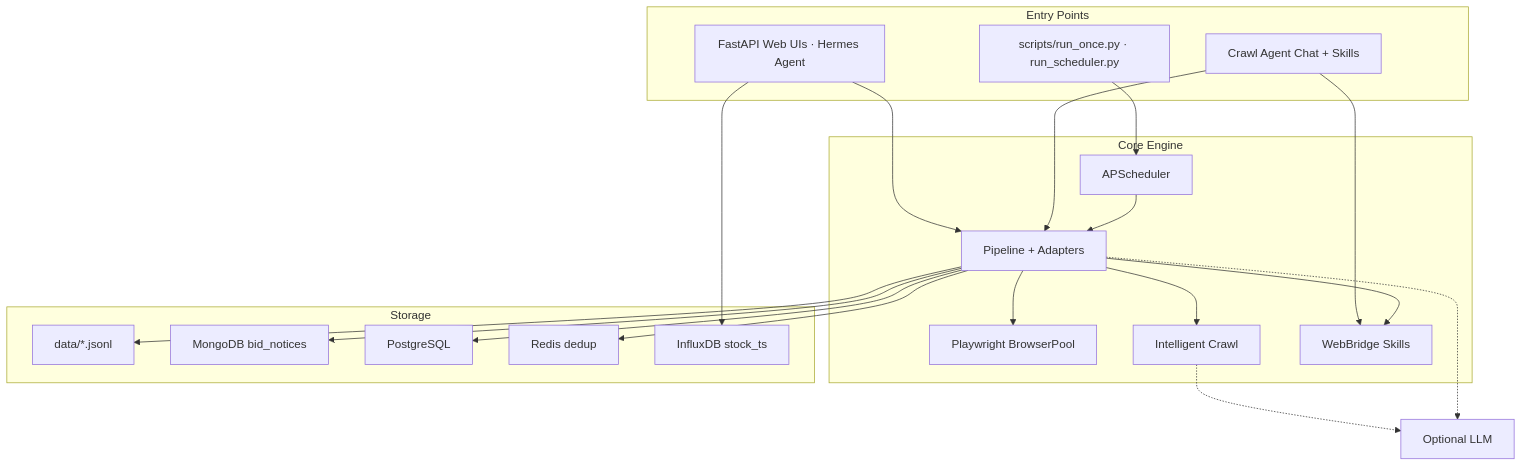
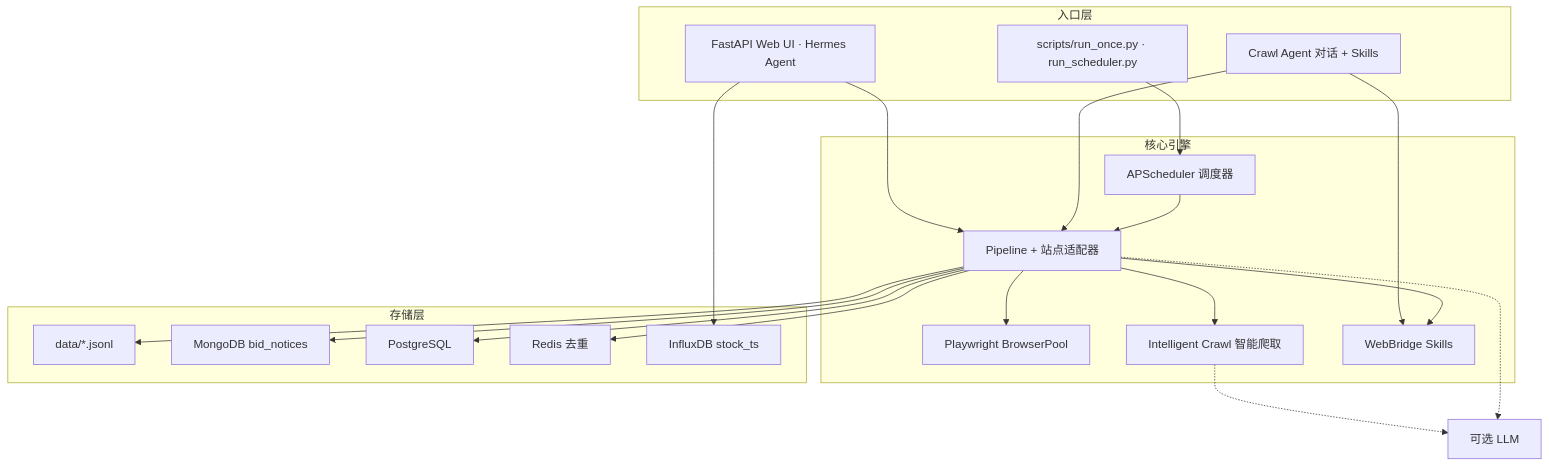
One commit to frankxiaofei/web-scraper-agent changed the diagram in README.md. Above: the diagram before and after it, drawn with Mermaid. The commit also changed other lines of this file and 3 other files, not shown here.

````diff
--- a/README.md
+++ b/README.md
@@ -82,40 +83,40 @@
 ```mermaid
 flowchart TB
-    subgraph Entry["Entry Points"]
+    subgraph Entry["入口层"]
         CLI["scripts/run_once.py · run_scheduler.py"]
-        UI["FastAPI Web UIs · Hermes Agent"]
-        Agent["Crawl Agent Chat + Skills"]
+        UI["FastAPI Web UI · Hermes Agent"]
+        Agent["Crawl Agent 对话 + Skills"]
     end
 
-    subgraph Core["Core Engine"]
-        Scheduler["APScheduler"]
-        Pipeline["Pipeline + Adapters"]
+    subgraph Core["核心引擎"]
+        Scheduler["APScheduler 调度器"]
+        Pipeline["Pipeline + 站点适配器"]
         Browser["Playwright BrowserPool"]
-        Intel["Intelligent Crawl"]
+        Intel["Intelligent Crawl 智能爬取"]
         WebBridge["WebBridge Skills"]
     end
 
-    subgraph Storage["Storage"]
+    subgraph Storage["存储层"]
         JSONL["data/*.jsonl"]
         Mongo["MongoDB bid_notices"]
         PG["PostgreSQL"]
-        Redis["Redis dedup"]
+        Redis["Redis 去重"]
         Influx["InfluxDB stock_ts"]
     end
 
     CLI --> Scheduler
     UI --> Pipeline
     Agent --> WebBridge
     Agent --> Pipeline
     Scheduler --> Pipeline
     Pipeline --> Browser
     Pipeline --> Intel
     Pipeline --> WebBridge
     Pipeline --> JSONL
     Pipeline --> Mongo
     Pipeline --> PG
     Pipeline --> Redis
-    Intel -.-> LLM["Optional LLM"]
+    Intel -.-> LLM["可选 LLM"]
     Pipeline -.-> LLM
     UI --> Influx
 ```
````
